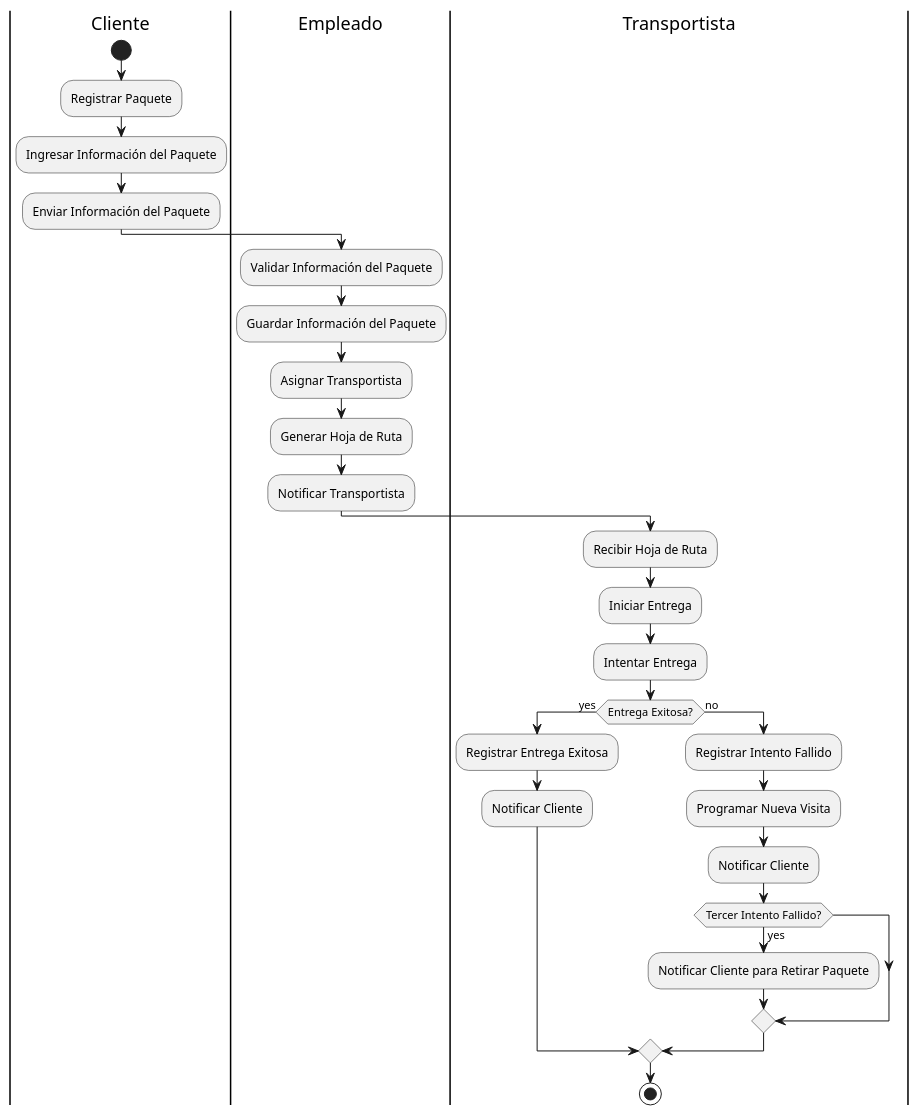
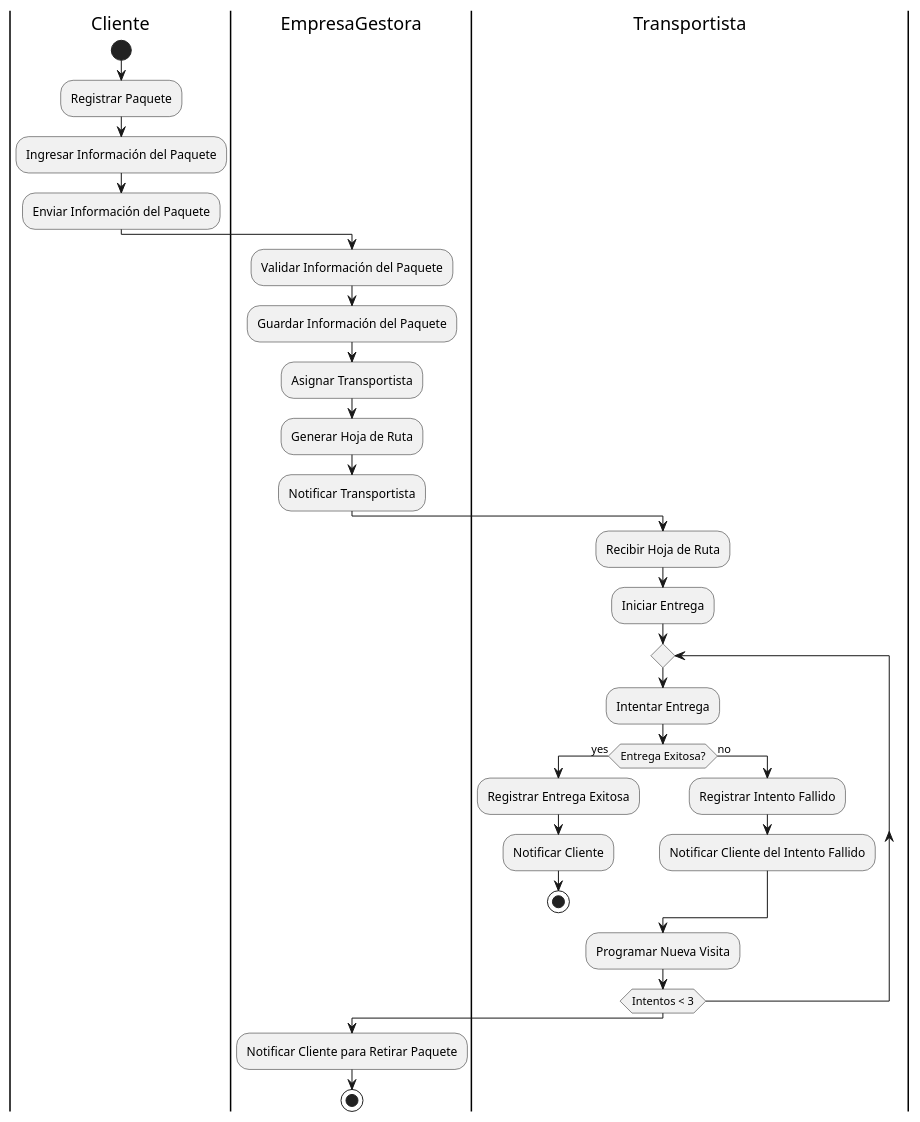
One commit to Andreskub/sistemas-informacion changed the diagram in 4-otro/da.plantuml. Above: the diagram before and after it, drawn with PlantUML. The commit also changed 5 other files, not shown here.

```diff
--- a/4-otro/da.plantuml
+++ b/4-otro/da.plantuml
@@ -1,33 +1,35 @@
 @startuml
 |Cliente|
 start
 :Registrar Paquete;
 :Ingresar Información del Paquete;
 :Enviar Información del Paquete;
 
-|Empleado|
+|EmpresaGestora|
 :Validar Información del Paquete;
 :Guardar Información del Paquete;
 :Asignar Transportista;
 :Generar Hoja de Ruta;
 :Notificar Transportista;
 
 |Transportista|
 :Recibir Hoja de Ruta;
 :Iniciar Entrega;
-:Intentar Entrega;
 
-if (Entrega Exitosa?) then (yes)
-    :Registrar Entrega Exitosa;
-    :Notificar Cliente;
-else (no)
-    :Registrar Intento Fallido;
-    :Programar Nueva Visita;
-    :Notificar Cliente;
-    if (Tercer Intento Fallido?) then (yes)
-        :Notificar Cliente para Retirar Paquete;
+repeat
+    :Intentar Entrega;
+    if (Entrega Exitosa?) then (yes)
+        :Registrar Entrega Exitosa;
+        :Notificar Cliente;
+        stop
+    else (no)
+        :Registrar Intento Fallido;
+        :Notificar Cliente del Intento Fallido;
     endif
-endif
+:Programar Nueva Visita;
+repeat while (Intentos < 3);
 
+|EmpresaGestora|
+:Notificar Cliente para Retirar Paquete;
 stop
 @enduml
```
